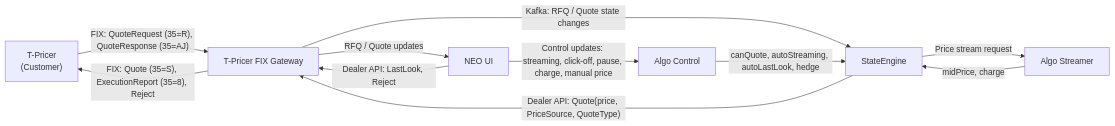
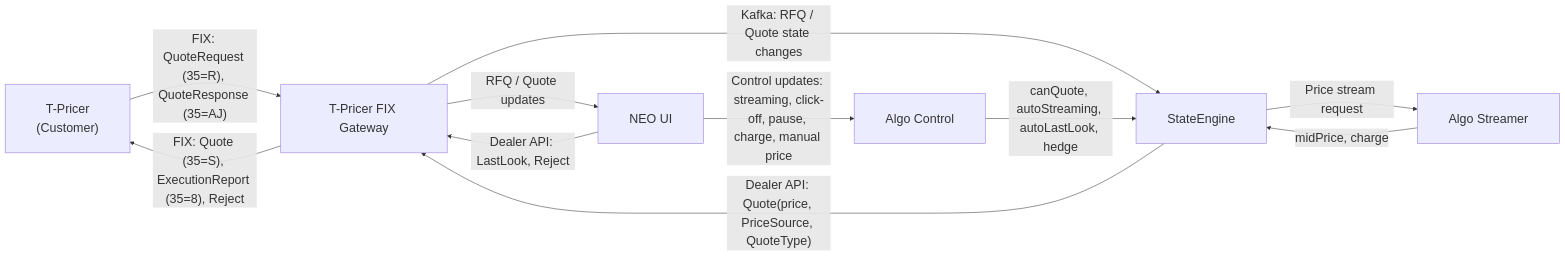
Before and after one commit to midnava/multiplexer: the third of 3 diagrams in README.md, drawn with Mermaid.

Commit message:
Update README with T-Pricer flowchart
Added a mermaid diagram to illustrate the flow of the T-Pricer system.

````diff
--- a/README.md
+++ b/README.md
@@ -86,24 +86,25 @@
 ```mermaid
+%%{init: {"themeVariables": {"fontSize": "24px"}, "flowchart": {"nodeSpacing": 70, "rankSpacing": 90, "padding": 30}}}%%
 flowchart LR
     TP["T-Pricer<br/>(Customer)"]
     GW["T-Pricer FIX Gateway"]
     SE["StateEngine"]
     AS["Algo Streamer"]
     AC["Algo Control"]
     UI["NEO UI"]
 
     TP -->|"FIX: QuoteRequest (35=R), QuoteResponse (35=AJ)"| GW
     GW -->|"FIX: Quote (35=S), ExecutionReport (35=8), Reject"| TP
 
     GW -->|"Kafka: RFQ / Quote state changes"| SE
     GW -->|"RFQ / Quote updates"| UI
 
     SE -->|"Price stream request"| AS
     AS -->|"midPrice, charge"| SE
 
     UI -->|"Control updates: streaming, click-off, pause, charge, manual price"| AC
     AC -->|"canQuote, autoStreaming, autoLastLook, hedge"| SE
 
     SE -->|"Dealer API: Quote(price, PriceSource, QuoteType)"| GW
     UI -->|"Dealer API: LastLook, Reject"| GW
 ```
````
